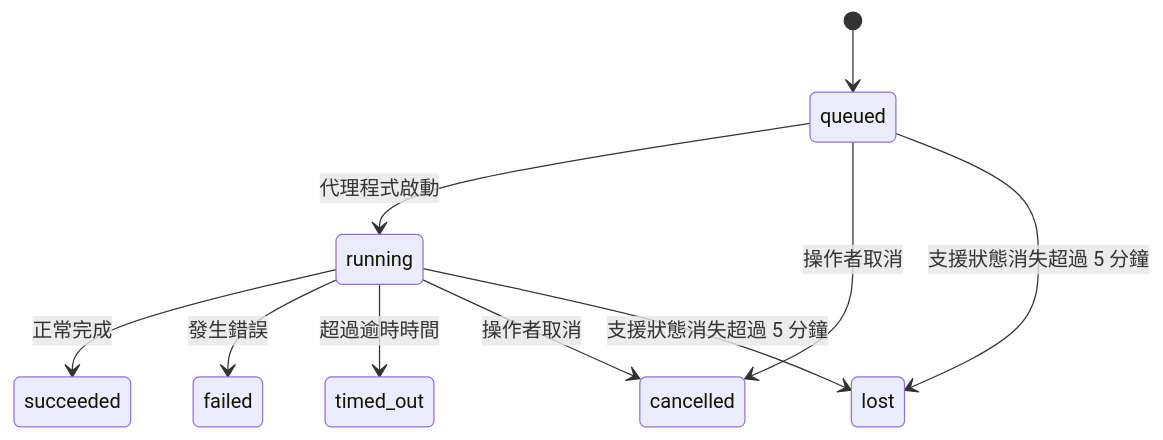
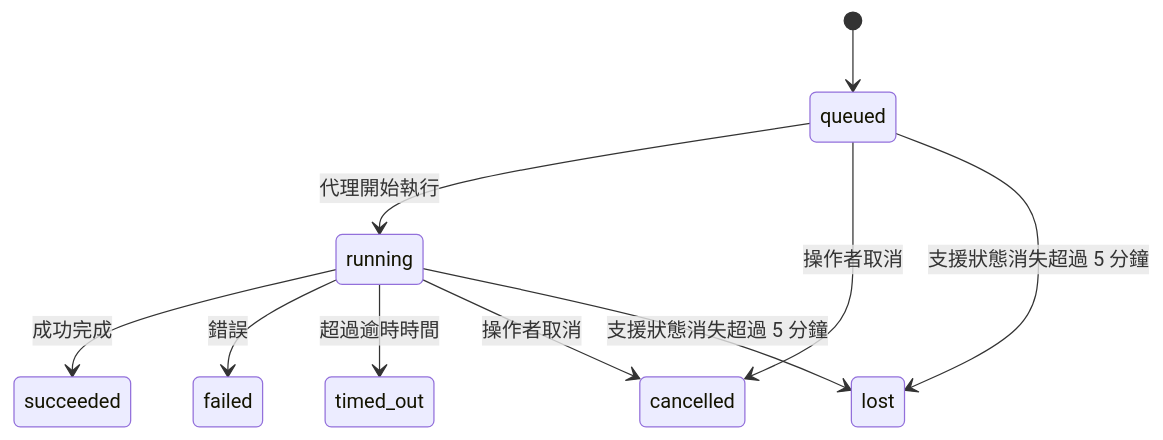
The diagram in docs/zh-TW/automation/tasks.md (openclaw/docs), drawn with Mermaid before and after one commit. The commit also changed other lines of this file and 311 other files, not shown here.

````diff
--- a/docs/zh-TW/automation/tasks.md
+++ b/docs/zh-TW/automation/tasks.md
@@ -125,12 +126,12 @@
 ```mermaid
 stateDiagram-v2
     [*] --> queued
-    queued --> running : 代理程式啟動
-    running --> succeeded : 正常完成
-    running --> failed : 發生錯誤
+    queued --> running : 代理開始執行
+    running --> succeeded : 成功完成
+    running --> failed : 錯誤
     running --> timed_out : 超過逾時時間
     queued --> cancelled : 操作者取消
     running --> cancelled : 操作者取消
     queued --> lost : 支援狀態消失超過 5 分鐘
     running --> lost : 支援狀態消失超過 5 分鐘
 ```
````
